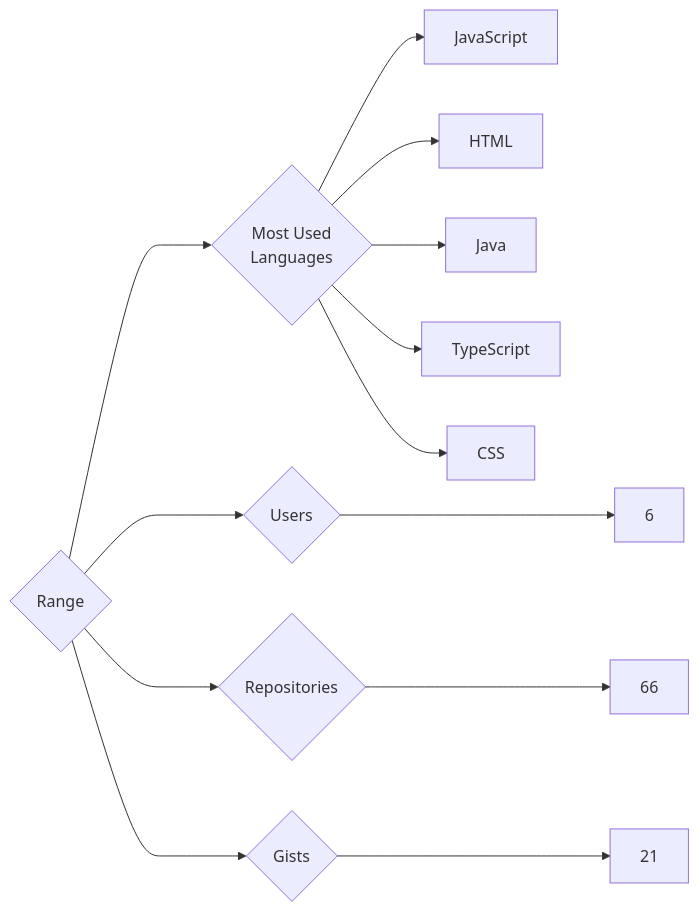
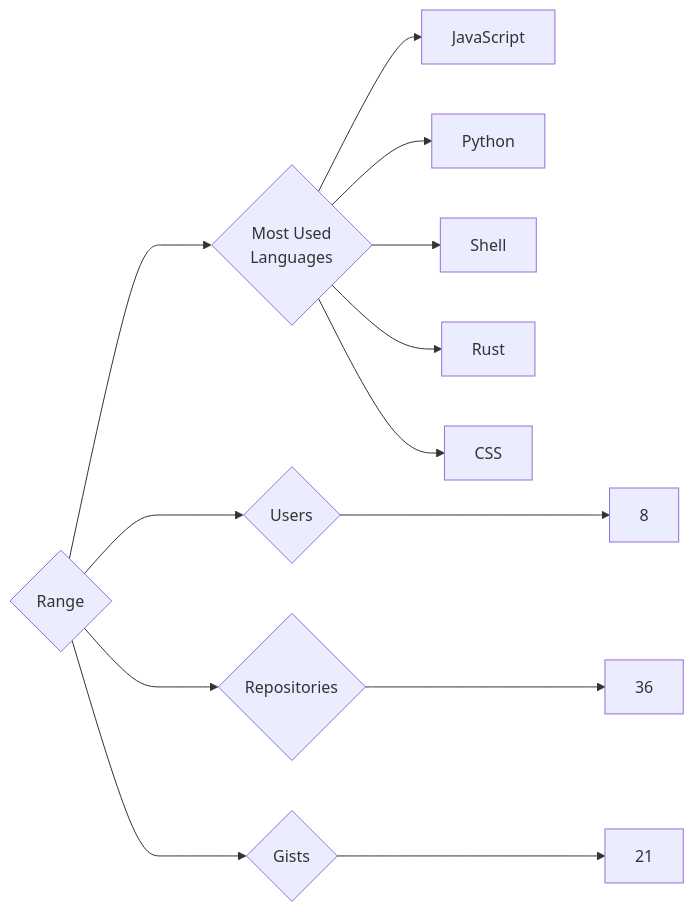
The diagram in targets/Range/README.md (trickest/insiders), drawn with Mermaid before and after one commit. The commit also changed 725 other files, not shown here.

````diff
--- a/targets/Range/README.md
+++ b/targets/Range/README.md
@@ -3,13 +3,13 @@
 ```mermaid
 graph LR
 COMPANY_NAME{Range}
-COMPANY_NAME ---> U{Users} ---> UN[6]
-COMPANY_NAME ---> R{Repositories} ---> RN[66]
+COMPANY_NAME ---> U{Users} ---> UN[8]
+COMPANY_NAME ---> R{Repositories} ---> RN[36]
 COMPANY_NAME ---> G{Gists} ---> GN[21]
 COMPANY_NAME ---> ML{Most Used<br>Languages}
 ML --> JavaScript[JavaScript]
-ML --> HTML[HTML]
-ML --> Java[Java]
-ML --> TypeScript[TypeScript]
+ML --> Python[Python]
+ML --> Shell[Shell]
+ML --> Rust[Rust]
 ML --> CSS[CSS]
 ```
````
